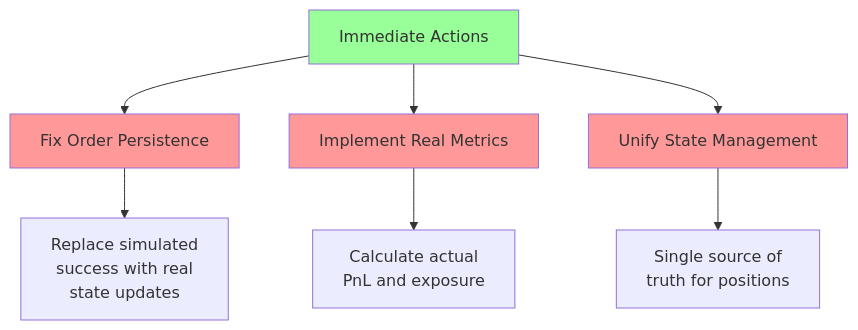
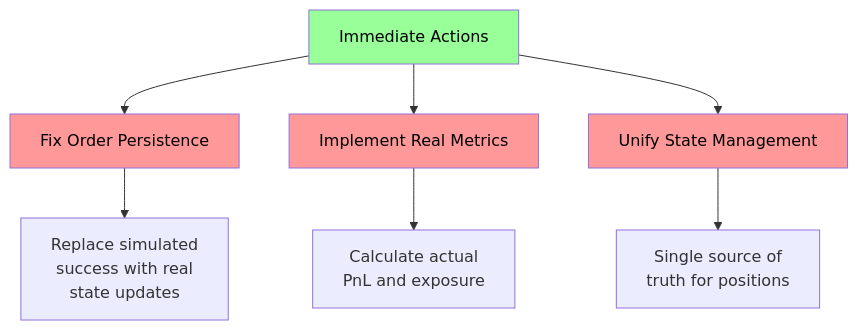
One commit to plataplomo/hummingbot changed the seventh of 15 diagrams in workflow/business_logic_refactor/04_business_logic_core_look.md. Above: the diagram before and after it, drawn with Mermaid. The commit also changed other lines of this file and 33 other files, not shown here.

First line of the commit message:
Comprehensive refactor and architectural analysis for CyberDeltaEngine (#65)

````diff
--- a/workflow/business_logic_refactor/04_business_logic_core_look.md
+++ b/workflow/business_logic_refactor/04_business_logic_core_look.md
@@ -256,15 +265,15 @@
 ```mermaid
 graph TD
     A[Immediate Actions] --> B[Fix Order Persistence]
     A --> C[Implement Real Metrics]
     A --> D[Unify State Management]
     
     B --> E["Replace simulated<br/>success with real<br/>state updates"]
     C --> F["Calculate actual<br/>PnL and exposure"]
     D --> G["Single source of<br/>truth for positions"]
     
-    style A fill:#99ff99
-    style B fill:#ff9999
-    style C fill:#ff9999
-    style D fill:#ff9999
+    style A fill:#99ff99,color:#000
+    style B fill:#ff9999,color:#000
+    style C fill:#ff9999,color:#000
+    style D fill:#ff9999,color:#000
 ```
````
